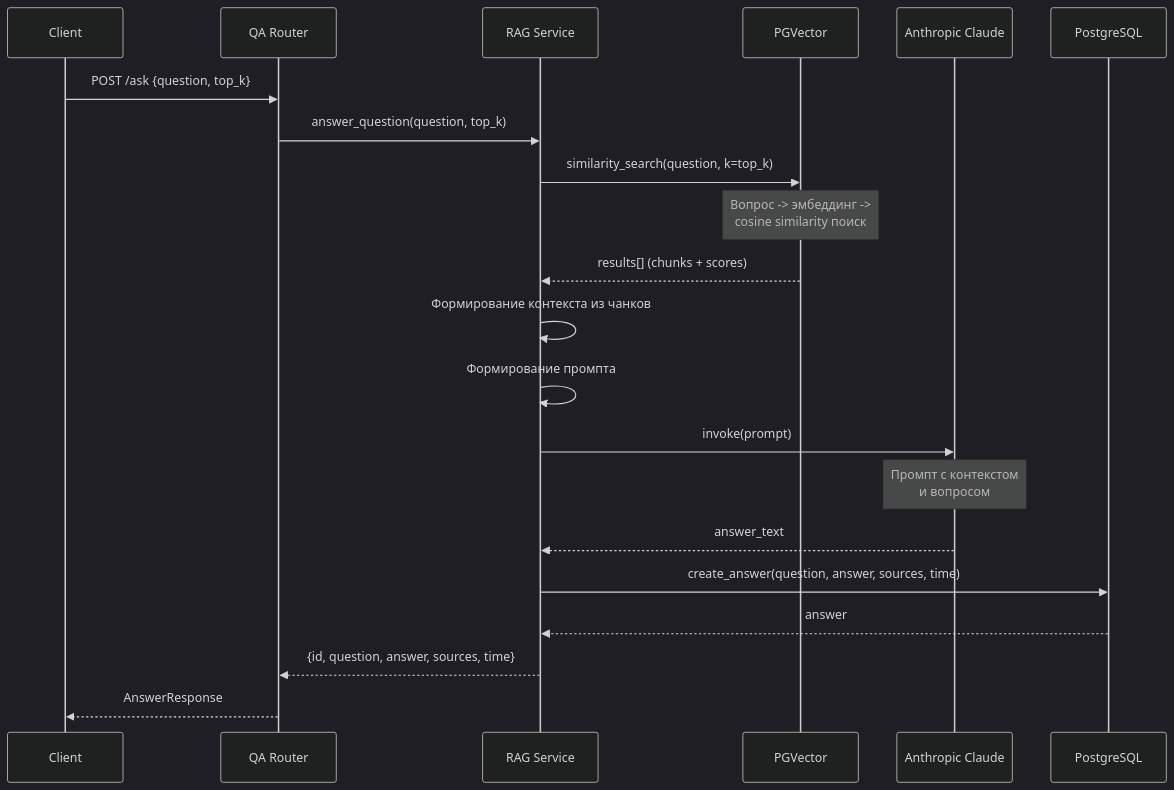
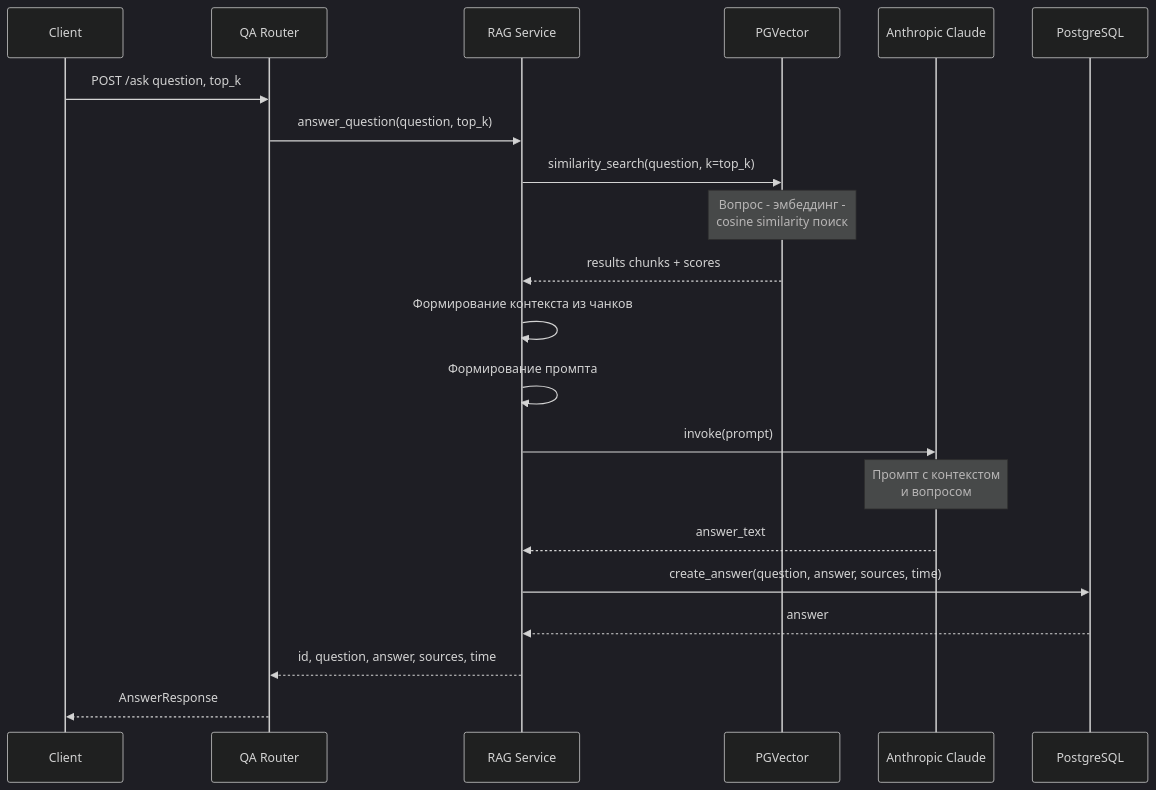
One commit to rvnzz/docmind changed the fourth of 7 diagrams in README.md. Above: the diagram before and after it, drawn with Mermaid (dark theme). The commit also changed other lines of this file, not shown here.

````diff
--- a/README.md
+++ b/README.md
@@ -292,29 +292,29 @@
 ```mermaid
 sequenceDiagram
     participant Client
     participant Router as QA Router
     participant RAG as RAG Service
     participant PGVec as PGVector
     participant LLM as Anthropic Claude
     participant DB as PostgreSQL
     
-    Client->>Router: POST /ask {question, top_k}
+    Client->>Router: POST /ask question, top_k
     Router->>RAG: answer_question(question, top_k)
     
     RAG->>PGVec: similarity_search(question, k=top_k)
-    Note over PGVec: Вопрос -> эмбеддинг -><br/>cosine similarity поиск
-    PGVec-->>RAG: results[] (chunks + scores)
+    Note over PGVec: Вопрос - эмбеддинг -<br/>cosine similarity поиск
+    PGVec-->>RAG: results chunks + scores
     
     RAG->>RAG: Формирование контекста из чанков
     RAG->>RAG: Формирование промпта
     
     RAG->>LLM: invoke(prompt)
     Note over LLM: Промпт с контекстом<br/>и вопросом
     LLM-->>RAG: answer_text
     
     RAG->>DB: create_answer(question, answer, sources, time)
     DB-->>RAG: answer
     
-    RAG-->>Router: {id, question, answer, sources, time}
+    RAG-->>Router: id, question, answer, sources, time
     Router-->>Client: AnswerResponse
 ```
````
